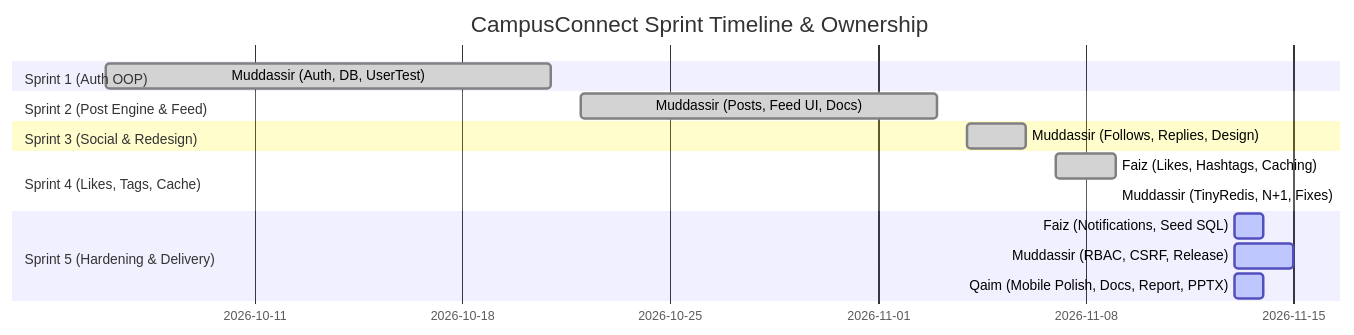
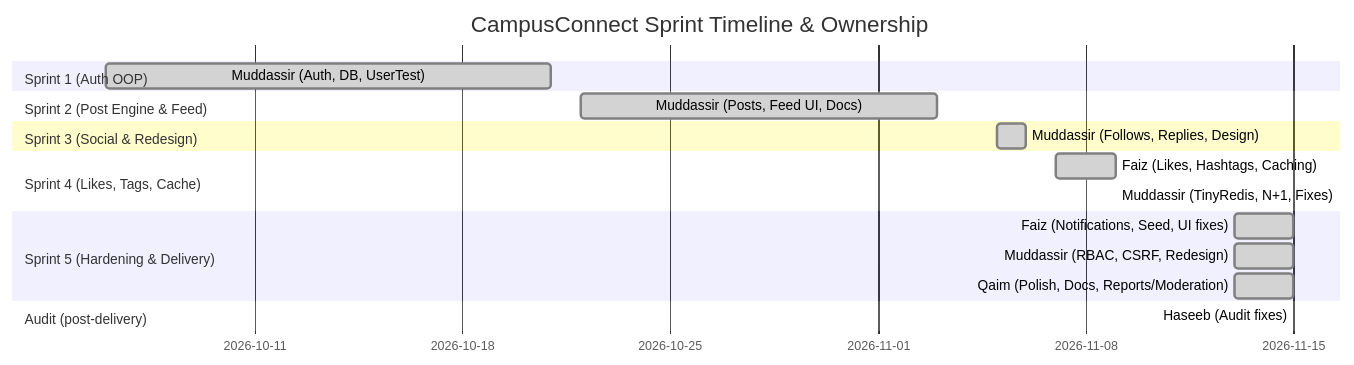
Before and after one commit to muddassir1935/ASPM-PROJECT-: the diagram in docs/CONTRIBUTION.md, drawn with Mermaid. The commit also changed other lines of this file and 12 other files, not shown here.

First line of the commit message:
docs: correct setup, upgrade path, test counts, UML and contribution register

````diff
--- a/docs/CONTRIBUTION.md
+++ b/docs/CONTRIBUTION.md
@@ -19,18 +22,20 @@
 ```mermaid
 gantt
     title CampusConnect Sprint Timeline & Ownership
     dateFormat  YYYY-MM-DD
     section Sprint 1 (Auth OOP)
     Muddassir (Auth, DB, UserTest)      :done, s1, 2026-10-06, 2026-10-21
     section Sprint 2 (Post Engine & Feed)
     Muddassir (Posts, Feed UI, Docs)    :done, s2, 2026-10-22, 2026-11-03
     section Sprint 3 (Social & Redesign)
-    Muddassir (Follows, Replies, Design):done, s3, 2026-11-04, 2026-11-06
+    Muddassir (Follows, Replies, Design):done, s3, 2026-11-05, 2026-11-06
     section Sprint 4 (Likes, Tags, Cache)
     Faiz (Likes, Hashtags, Caching)     :done, s4_1, 2026-11-07, 2026-11-09
     Muddassir (TinyRedis, N+1, Fixes)   :done, s4_2, 2026-11-09, 2026-11-09
     section Sprint 5 (Hardening & Delivery)
-    Faiz (Notifications, Seed SQL)      :active, s5_1, 2026-11-13, 2026-11-14
-    Muddassir (RBAC, CSRF, Release)     :active, s5_2, 2026-11-13, 2026-11-15
-    Qaim (Mobile Polish, Docs, Report, PPTX):active, s5_3, 2026-11-13, 2026-11-14
+    Faiz (Notifications, Seed, UI fixes):done, s5_1, 2026-11-13, 2026-11-15
+    Muddassir (RBAC, CSRF, Redesign)    :done, s5_2, 2026-11-13, 2026-11-15
+    Qaim (Polish, Docs, Reports/Moderation):done, s5_3, 2026-11-13, 2026-11-15
+    section Audit (post-delivery)
+    Haseeb (Audit fixes)                :done, a1, 2026-11-15, 2026-11-15
 ```
````
